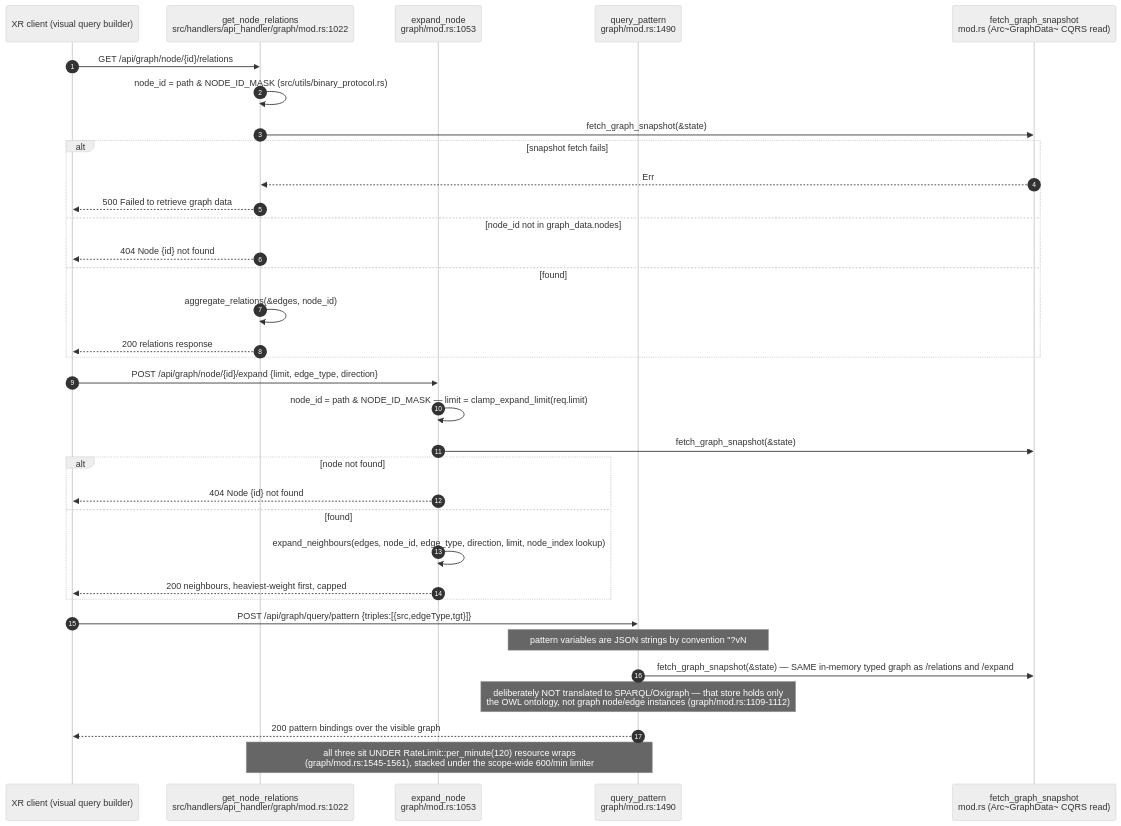
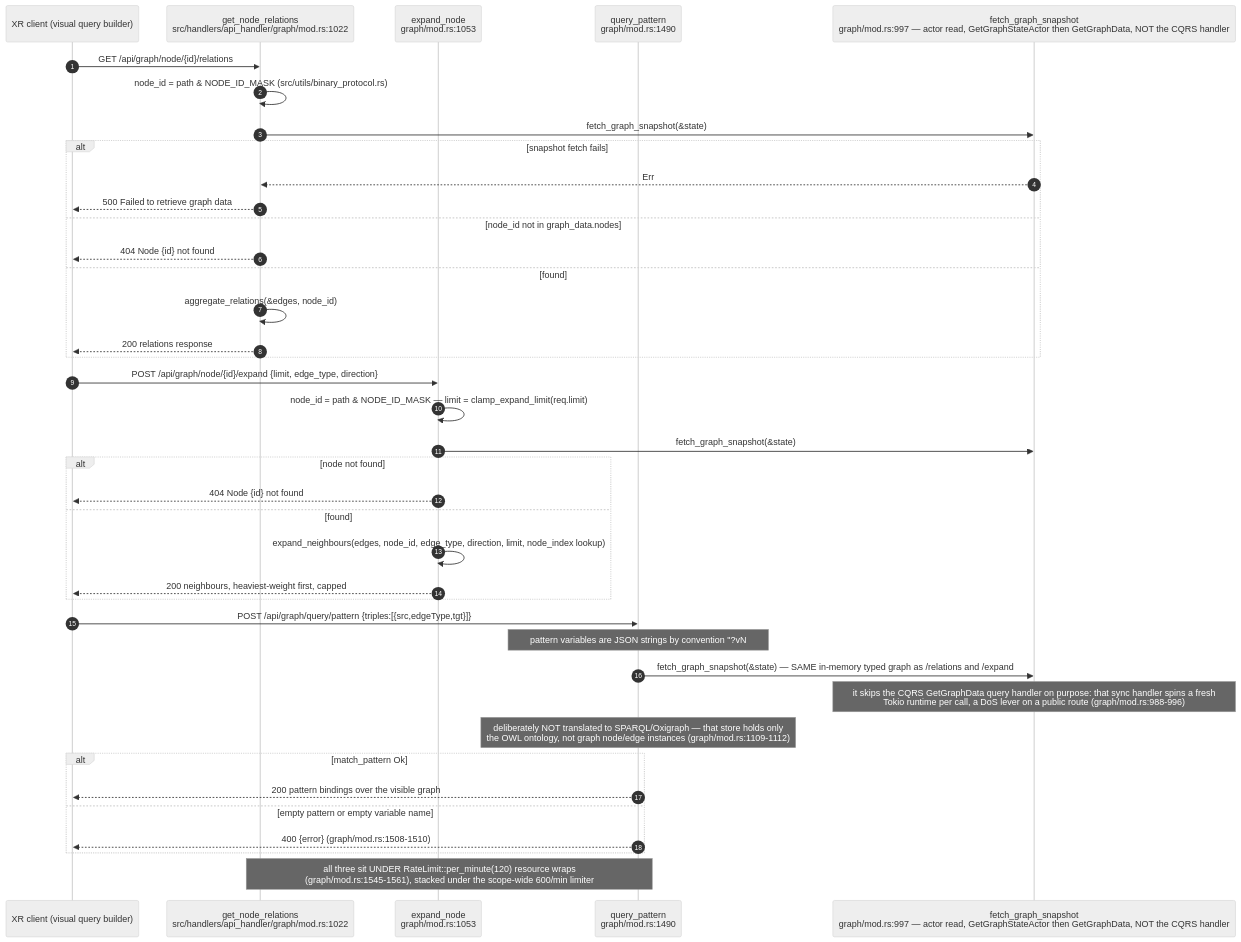
One commit to DreamLab-AI/VisionFlow changed the second of 23 diagrams in docs/diagrams/visionclaw/04-handlers-graph-and-state.md. Above: the diagram before and after it, drawn with Mermaid (neutral theme). The commit also changed other lines of this file and 173 other files, not shown here.

````diff
--- a/docs/diagrams/visionclaw/04-handlers-graph-and-state.md
+++ b/docs/diagrams/visionclaw/04-handlers-graph-and-state.md
@@ -107,37 +116,42 @@
 ```mermaid
 sequenceDiagram
     autonumber
     participant C as XR client (visual query builder)
     participant GR as get_node_relations<br/>src/handlers/api_handler/graph/mod.rs:1022
     participant EX as expand_node<br/>graph/mod.rs:1053
     participant QP as query_pattern<br/>graph/mod.rs:1490
-    participant SNAP as fetch_graph_snapshot<br/>mod.rs (Arc~GraphData~ CQRS read)
+    participant SNAP as fetch_graph_snapshot<br/>graph/mod.rs:997 — actor read, GetGraphStateActor then GetGraphData, NOT the CQRS handler
 
     C->>GR: GET /api/graph/node/{id}/relations
     GR->>GR: node_id = path & NODE_ID_MASK (src/utils/binary_protocol.rs)
     GR->>SNAP: fetch_graph_snapshot(&state)
     alt snapshot fetch fails
         SNAP-->>GR: Err
         GR-->>C: 500 Failed to retrieve graph data
     else node_id not in graph_data.nodes
         GR-->>C: 404 Node {id} not found
     else found
         GR->>GR: aggregate_relations(&edges, node_id)
         GR-->>C: 200 relations response
     end
     C->>EX: POST /api/graph/node/{id}/expand {limit, edge_type, direction}
     EX->>EX: node_id = path & NODE_ID_MASK — limit = clamp_expand_limit(req.limit)
     EX->>SNAP: fetch_graph_snapshot(&state)
     alt node not found
         EX-->>C: 404 Node {id} not found
     else found
         EX->>EX: expand_neighbours(edges, node_id, edge_type, direction, limit, node_index lookup)
         EX-->>C: 200 neighbours, heaviest-weight first, capped
     end
     C->>QP: POST /api/graph/query/pattern {triples:[{src,edgeType,tgt}]}
     Note over QP: pattern variables are JSON strings by convention #quot;?vN#quot —<br/>concrete ids are JSON numbers, masked with NODE_ID_MASK (graph/mod.rs:1114-1120)
     QP->>SNAP: fetch_graph_snapshot(&state) — SAME in-memory typed graph as /relations and /expand
+    Note over SNAP: it skips the CQRS GetGraphData query handler on purpose: that sync handler spins a fresh<br/>Tokio runtime per call, a DoS lever on a public route (graph/mod.rs:988-996)
     Note over QP: deliberately NOT translated to SPARQL/Oxigraph — that store holds only<br/>the OWL ontology, not graph node/edge instances (graph/mod.rs:1109-1112)
-    QP-->>C: 200 pattern bindings over the visible graph
+    alt match_pattern Ok
+        QP-->>C: 200 pattern bindings over the visible graph
+    else empty pattern or empty variable name
+        QP-->>C: 400 {error} (graph/mod.rs:1508-1510)
+    end
     Note over GR,QP: all three sit UNDER RateLimit::per_minute(120) resource wraps<br/>(graph/mod.rs:1545-1561), stacked under the scope-wide 600/min limiter
 ```
````
